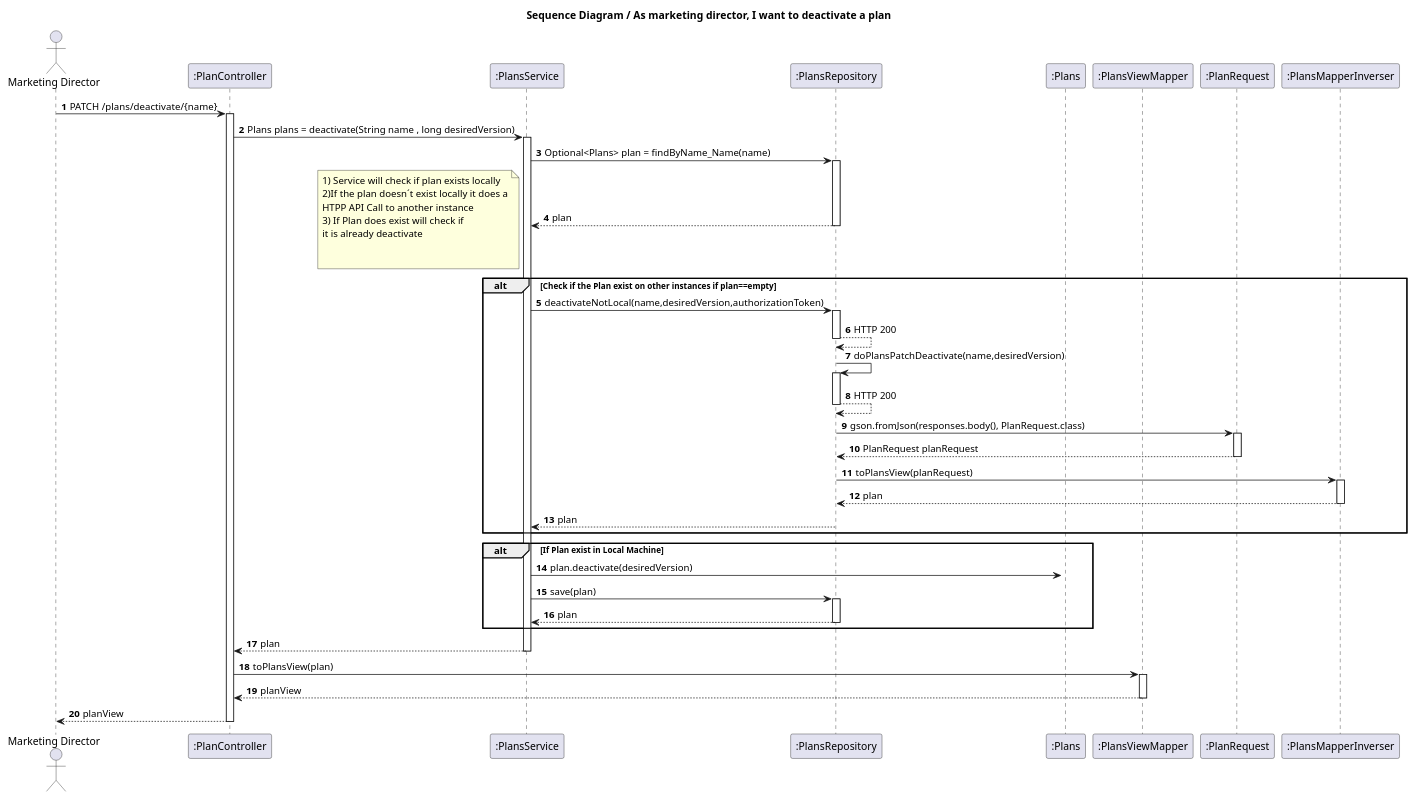
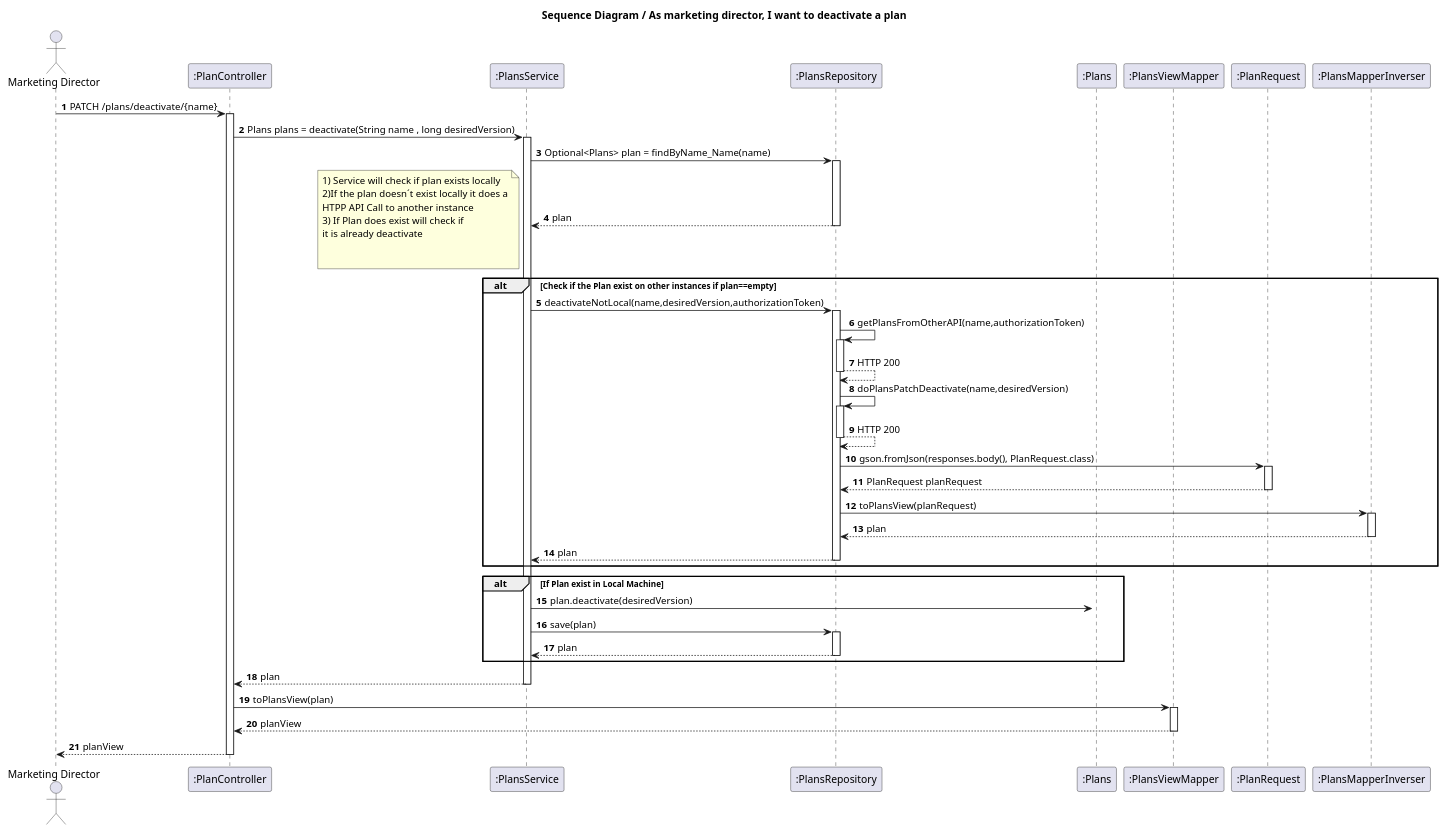
One commit to IsepMartimOliveira/SIDIS changed the diagram in docs_sidis/Plans/WP#1A/US02/SD.puml. Above: the diagram before and after it, drawn with PlantUML. The commit also changed 20 other files, not shown here.

```diff
--- a/docs_sidis/Plans/WP#1A/US02/SD.puml
+++ b/docs_sidis/Plans/WP#1A/US02/SD.puml
@@ -1,61 +1,62 @@
 @startuml
 'https://plantuml.com/sequence-diagram
 autoactivate on
 autonumber
 title Sequence Diagram / As marketing director, I want to deactivate a plan
 
 autonumber
 
 actor "Marketing Director" as Ac
 participant ":PlanController" as Ctrl
 participant ":PlansService" as Serv
 participant ":PlansRepository" as Repo
 participant ":Plans" as Plans
 participant ":PlansViewMapper" as View
 participant ":PlanRequest" as Request
 
 participant ":PlansMapperInverser" as ViewInverser
 
 
 Ac -> Ctrl : PATCH /plans/deactivate/{name}
 Ctrl -> Serv :Plans plans = deactivate(String name , long desiredVersion)
 Serv -> Repo :Optional<Plans> plan = findByName_Name(name)
 Repo --> Serv : plan
 note left
 1) Service will check if plan exists locally
 2)If the plan doesn´t exist locally it does a
 HTPP API Call to another instance
 3) If Plan does exist will check if
 it is already deactivate
 
 
 end note
 alt Check if the Plan exist on other instances if plan==empty
 Serv->Repo:deactivateNotLocal(name,desiredVersion,authorizationToken)
+Repo->Repo: getPlansFromOtherAPI(name,authorizationToken)
 Repo-->Repo: HTTP 200
 
 Repo->Repo:doPlansPatchDeactivate(name,desiredVersion)
 Repo-->Repo: HTTP 200
 Repo -> Request :  gson.fromJson(responses.body(), PlanRequest.class)
 Request-->Repo:PlanRequest planRequest
 Repo -> ViewInverser : toPlansView(planRequest)
 ViewInverser -->Repo: plan
 Repo-->Serv:plan
 end
 
 deactivate Plans
 alt If Plan exist in Local Machine
 
 Serv -> Plans: plan.deactivate(desiredVersion)
 
 
 Serv -> Repo: save(plan)
 Repo --> Serv: plan
 end
 Serv --> Ctrl: plan
 Ctrl ->View: toPlansView(plan)
 View -->Ctrl: planView
 
 Ac <-- Ctrl : planView
 
 @enduml
```
